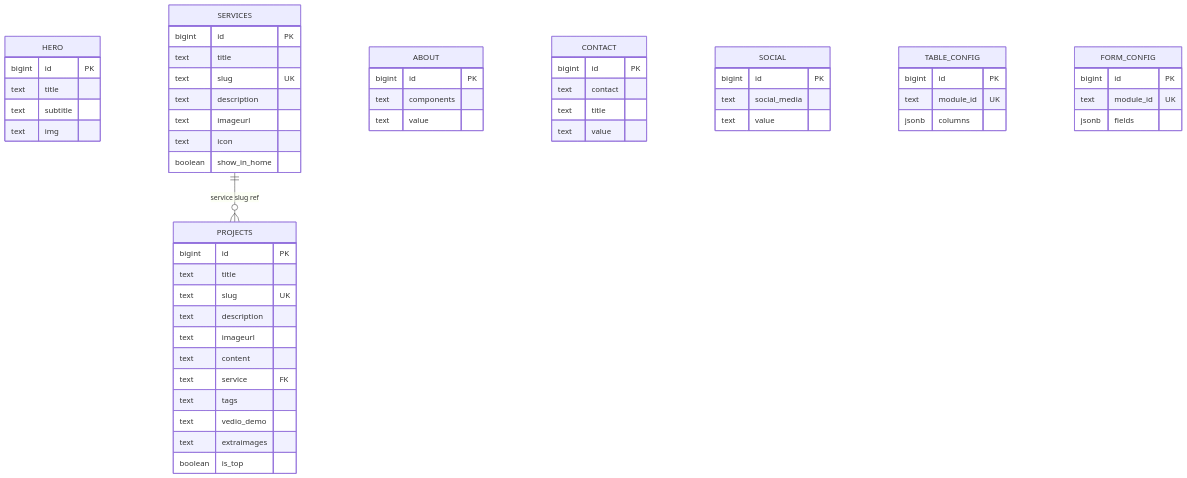
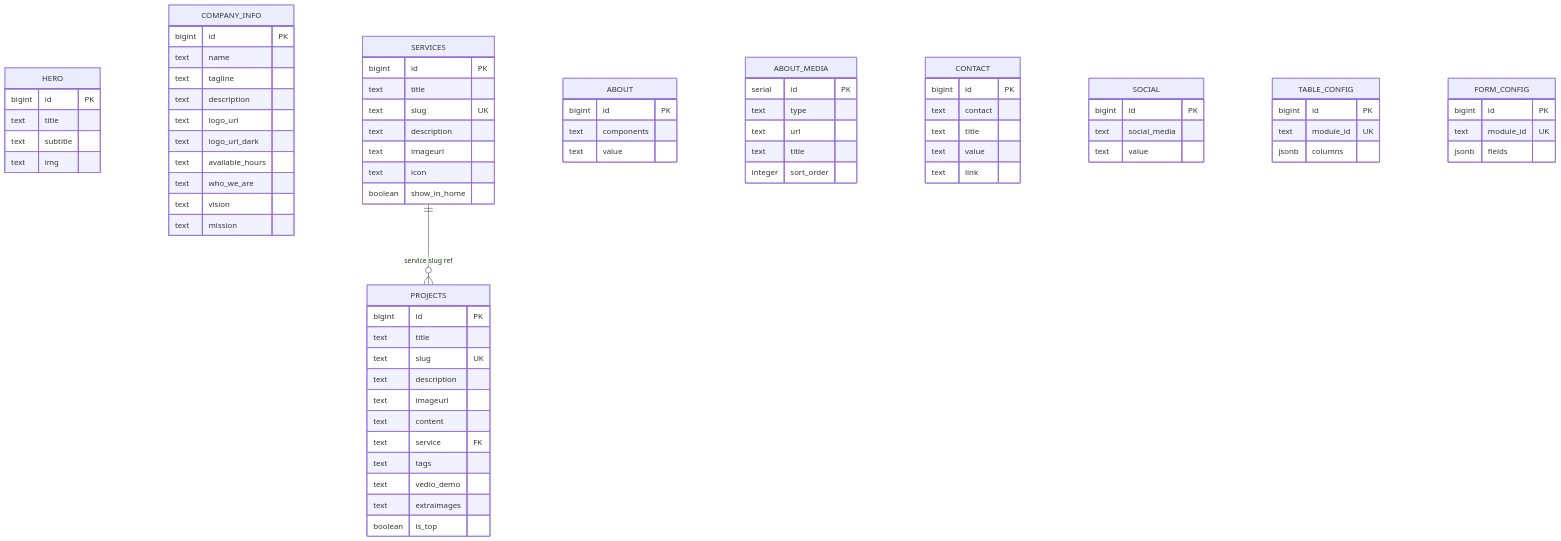
Before and after one commit to tensor-labz/tensor-labz-docs: the diagram in docs/supabase/schema.md, drawn with Mermaid. The commit also changed other lines of this file and 6 other files, not shown here.

Commit message:
docs: add about-us feature page, update schema/RLS for company_info + about_media, refresh theme

```diff
--- a/docs/supabase/schema.md
+++ b/docs/supabase/schema.md
@@ -13,6 +13,19 @@
         text title
         text subtitle
         text img
+    }
+
+    COMPANY_INFO {
+        bigint id PK
+        text name
+        text tagline
+        text description
+        text logo_url
+        text logo_url_dark
+        text available_hours
+        text who_we_are
+        text vision
+        text mission
     }
 
     SERVICES {
@@ -45,11 +58,20 @@
         text value
     }
 
+    ABOUT_MEDIA {
+        serial id PK
+        text type
+        text url
+        text title
+        integer sort_order
+    }
+
     CONTACT {
         bigint id PK
         text contact
         text title
         text value
+        text link
     }
 
     SOCIAL {
```
